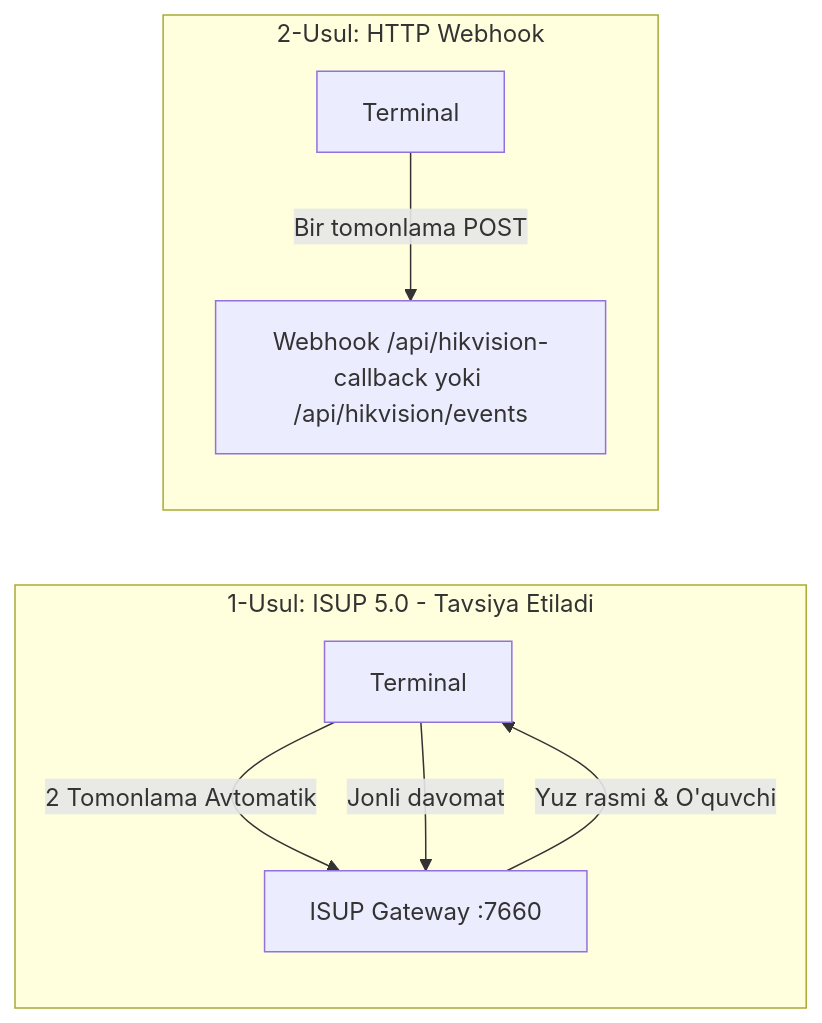
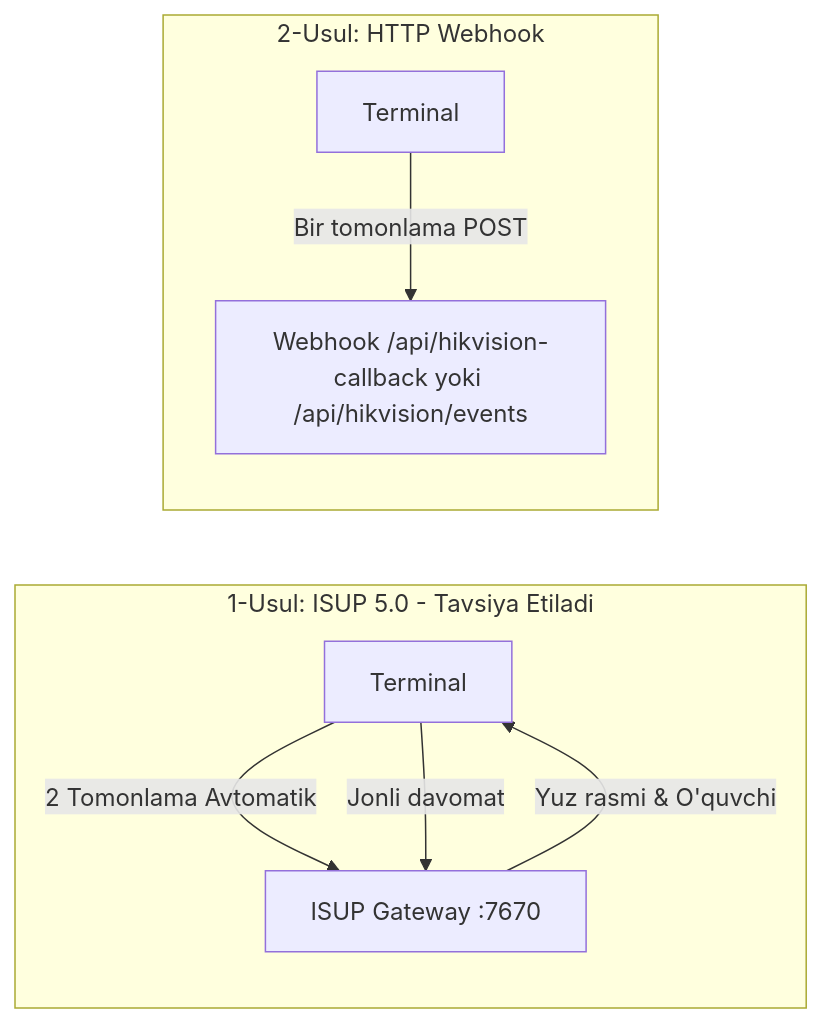
Before and after one commit to IslomFargoniy/panel.schoolday.uz: the diagram in docs/hikvision-integration-guide.md, drawn with Mermaid. The commit also changed other lines of this file and 6 other files, not shown here.

````diff
--- a/docs/hikvision-integration-guide.md
+++ b/docs/hikvision-integration-guide.md
@@ -18,11 +18,11 @@
 ```mermaid
 flowchart LR
     subgraph Usul 1 [1-Usul: ISUP 5.0 - Tavsiya Etiladi]
-        T1[Terminal] -->|2 Tomonlama Avtomatik| G[ISUP Gateway :7660]
+        T1[Terminal] -->|2 Tomonlama Avtomatik| G[ISUP Gateway :7670]
         G -->|Yuz rasmi & O'quvchi| T1
         T1 -->|Jonli davomat| G
     end
     subgraph Usul 2 [2-Usul: HTTP Webhook]
         T2[Terminal] -->|Bir tomonlama POST| W[Webhook /api/hikvision-callback yoki /api/hikvision/events]
     end
 ```
````
